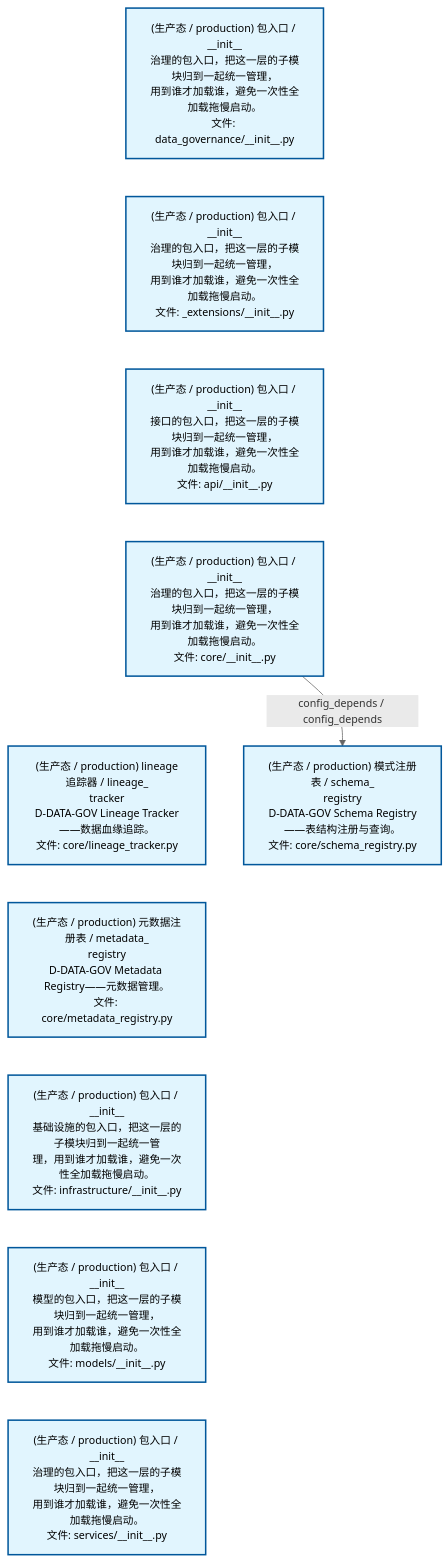
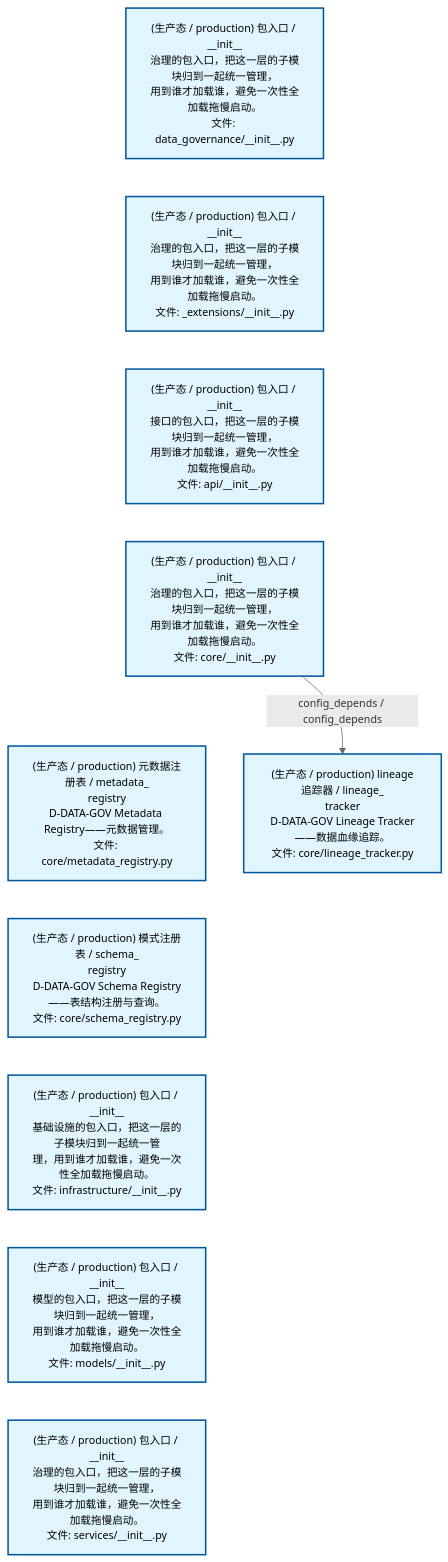
One commit to xuanFelixVan/ZephyrAlpha changed the first of 2 diagrams in docs/02_enterprise_architecture/02_domain_architecture_docs/13_d_data_gov.md. Above: the diagram before and after it, drawn with Mermaid. The commit also changed other lines of this file and 40 other files, not shown here.

````diff
--- a/docs/02_enterprise_architecture/02_domain_architecture_docs/13_d_data_gov.md
+++ b/docs/02_enterprise_architecture/02_domain_architecture_docs/13_d_data_gov.md
@@ -53,28 +53,28 @@
 ```mermaid
 %%{init: {'theme': 'base', 'themeVariables': {'primaryColor': '#eaeaea', 'primaryTextColor': '#333333', 'primaryBorderColor': '#666666', 'lineColor': '#666666', 'secondaryColor': '#eaeaea', 'tertiaryColor': '#eaeaea', 'fontSize': '14px'}}}%%
 flowchart TD
     src_zephyr_data_governance_init_py["(生产态 / production) 包入口 / __init__<br/>治理的包入口，把这一层的子模块归到一起统一管理，<br/>用到谁才加载谁，避免一次性全加载拖慢启动。<br/>文件: data_governance/__init__.py"]
     src_zephyr_data_governance_extensions_init_py["(生产态 / production) 包入口 / __init__<br/>治理的包入口，把这一层的子模块归到一起统一管理，<br/>用到谁才加载谁，避免一次性全加载拖慢启动。<br/>文件: _extensions/__init__.py"]
     src_zephyr_data_governance_api_init_py["(生产态 / production) 包入口 / __init__<br/>接口的包入口，把这一层的子模块归到一起统一管理，<br/>用到谁才加载谁，避免一次性全加载拖慢启动。<br/>文件: api/__init__.py"]
     src_zephyr_data_governance_core_init_py["(生产态 / production) 包入口 / __init__<br/>治理的包入口，把这一层的子模块归到一起统一管理，<br/>用到谁才加载谁，避免一次性全加载拖慢启动。<br/>文件: core/__init__.py"]
-    src_zephyr_data_governance_core_lineage_tracker_py["(生产态 / production) lineage追踪器 / lineage_<br/>tracker<br/>D-DATA-GOV Lineage Tracker——数据血缘追踪。<br/>文件: core/lineage_tracker.py"]
     src_zephyr_data_governance_core_metadata_registry_py["(生产态 / production) 元数据注册表 / metadata_<br/>registry<br/>D-DATA-GOV Metadata Registry——元数据管理。<br/>文件: core/metadata_registry.py"]
+    src_zephyr_data_governance_core_schema_registry_py["(生产态 / production) 模式注册表 / schema_<br/>registry<br/>D-DATA-GOV Schema Registry——表结构注册与查询。<br/>文件: core/schema_registry.py"]
     src_zephyr_data_governance_infrastructure_init_py["(生产态 / production) 包入口 / __init__<br/>基础设施的包入口，把这一层的子模块归到一起统一管<br/>理，用到谁才加载谁，避免一次性全加载拖慢启动。<br/>文件: infrastructure/__init__.py"]
     src_zephyr_data_governance_models_init_py["(生产态 / production) 包入口 / __init__<br/>模型的包入口，把这一层的子模块归到一起统一管理，<br/>用到谁才加载谁，避免一次性全加载拖慢启动。<br/>文件: models/__init__.py"]
     src_zephyr_data_governance_services_init_py["(生产态 / production) 包入口 / __init__<br/>治理的包入口，把这一层的子模块归到一起统一管理，<br/>用到谁才加载谁，避免一次性全加载拖慢启动。<br/>文件: services/__init__.py"]
     src_zephyr_data_governance_init_py ~~~ src_zephyr_data_governance_extensions_init_py
     src_zephyr_data_governance_extensions_init_py ~~~ src_zephyr_data_governance_api_init_py
     src_zephyr_data_governance_api_init_py ~~~ src_zephyr_data_governance_core_init_py
-    src_zephyr_data_governance_core_init_py ~~~ src_zephyr_data_governance_core_lineage_tracker_py
-    src_zephyr_data_governance_core_lineage_tracker_py ~~~ src_zephyr_data_governance_core_metadata_registry_py
-    src_zephyr_data_governance_core_metadata_registry_py ~~~ src_zephyr_data_governance_infrastructure_init_py
+    src_zephyr_data_governance_core_init_py ~~~ src_zephyr_data_governance_core_metadata_registry_py
+    src_zephyr_data_governance_core_metadata_registry_py ~~~ src_zephyr_data_governance_core_schema_registry_py
+    src_zephyr_data_governance_core_schema_registry_py ~~~ src_zephyr_data_governance_infrastructure_init_py
     src_zephyr_data_governance_infrastructure_init_py ~~~ src_zephyr_data_governance_models_init_py
     src_zephyr_data_governance_models_init_py ~~~ src_zephyr_data_governance_services_init_py
-    src_zephyr_data_governance_core_schema_registry_py["(生产态 / production) 模式注册表 / schema_<br/>registry<br/>D-DATA-GOV Schema Registry——表结构注册与查询。<br/>文件: core/schema_registry.py"]
-    src_zephyr_data_governance_core_init_py -->|config_depends / config_depends| src_zephyr_data_governance_core_schema_registry_py
+    src_zephyr_data_governance_core_lineage_tracker_py["(生产态 / production) lineage追踪器 / lineage_<br/>tracker<br/>D-DATA-GOV Lineage Tracker——数据血缘追踪。<br/>文件: core/lineage_tracker.py"]
+    src_zephyr_data_governance_core_init_py -->|config_depends / config_depends| src_zephyr_data_governance_core_lineage_tracker_py
     classDef production fill:#e1f5fe,stroke:#01579b,stroke-width:2px,color:#000
     classDef design fill:#fff3e0,stroke:#e65100,stroke-width:2px,color:#000,stroke-dasharray: 5 5
     classDef external_prod fill:#e8f4fd,stroke:#0277bd,stroke-width:1px,color:#000
     classDef external_design fill:#fff8e7,stroke:#ef6c00,stroke-width:1px,color:#000,stroke-dasharray: 5 5
     class src_zephyr_data_governance_init_py,src_zephyr_data_governance_extensions_init_py,src_zephyr_data_governance_api_init_py,src_zephyr_data_governance_core_init_py,src_zephyr_data_governance_core_lineage_tracker_py,src_zephyr_data_governance_core_metadata_registry_py,src_zephyr_data_governance_core_schema_registry_py,src_zephyr_data_governance_infrastructure_init_py,src_zephyr_data_governance_models_init_py,src_zephyr_data_governance_services_init_py production
 ```
````
